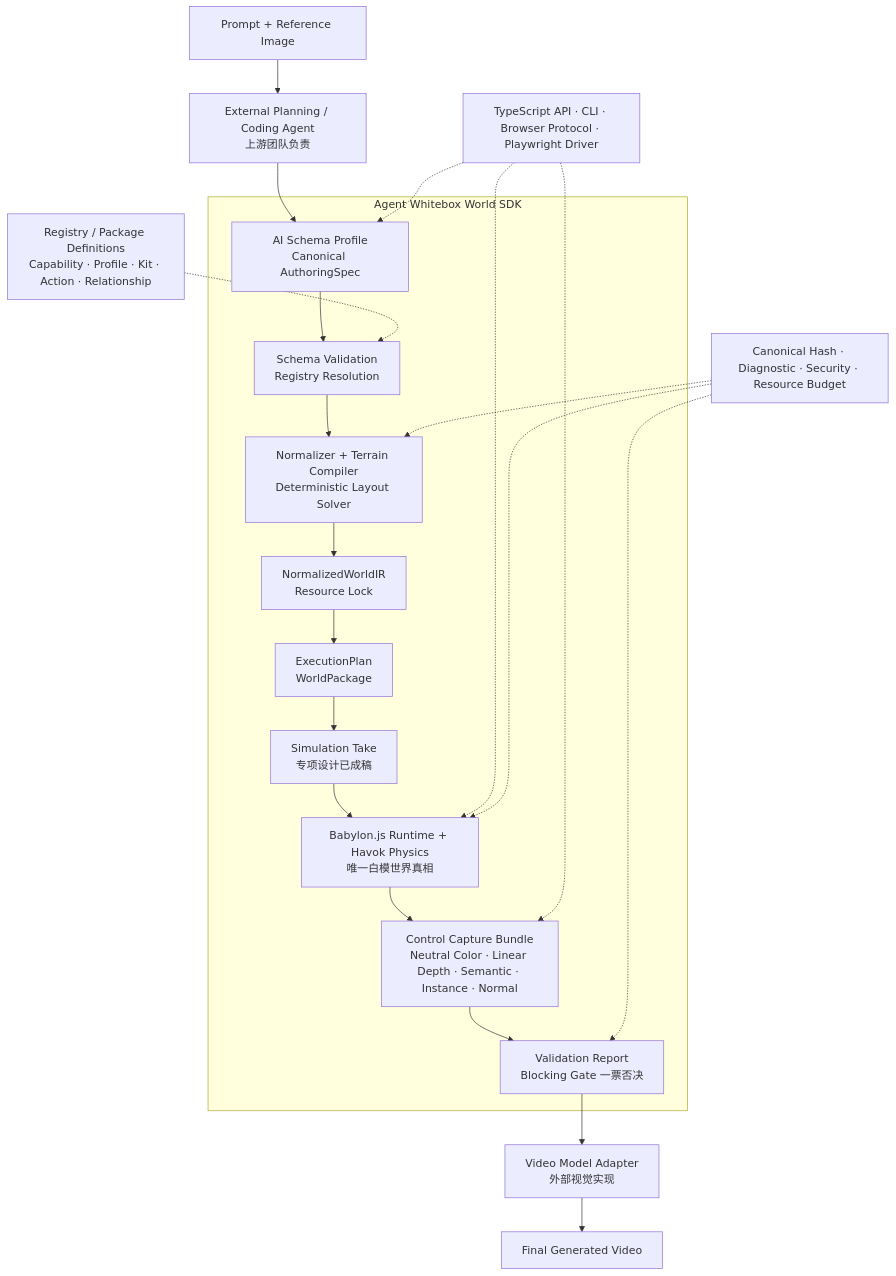
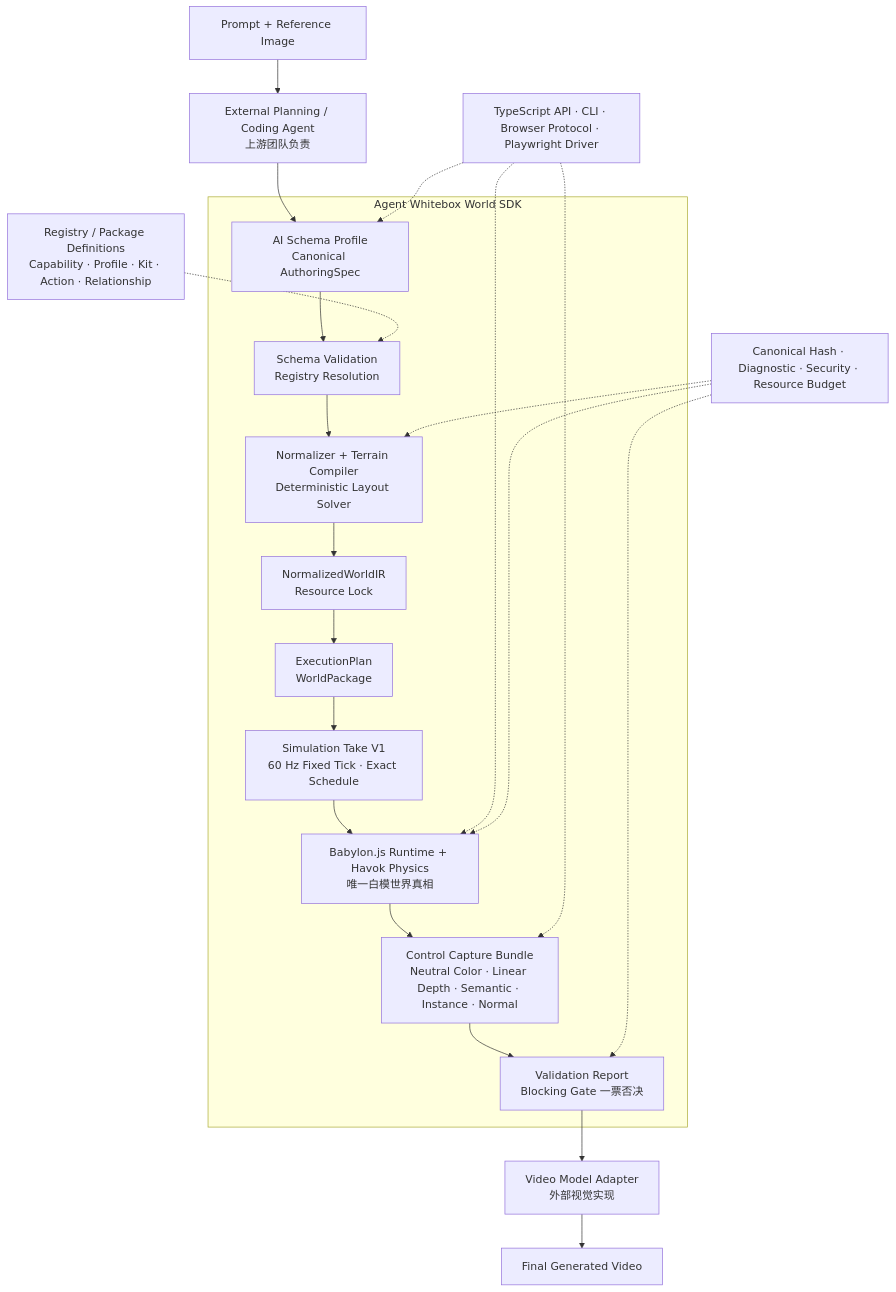
The diagram in README.md (Gjh829803/ceshi), drawn with Mermaid before and after one commit. The commit also changed other lines of this file and 8 other files, not shown here.

````diff
--- a/README.md
+++ b/README.md
@@ -27,30 +27,30 @@
 ```mermaid
 flowchart TB
     INPUT["Prompt + Reference Image"] --> AGENT["External Planning / Coding Agent<br/>上游团队负责"]
 
     subgraph SDK["Agent Whitebox World SDK"]
         AUTHOR["AI Schema Profile<br/>Canonical AuthoringSpec"]
         VALIDATE["Schema Validation<br/>Registry Resolution"]
         COMPILE["Normalizer + Terrain Compiler<br/>Deterministic Layout Solver"]
         IR["NormalizedWorldIR<br/>Resource Lock"]
         PACKAGE["ExecutionPlan<br/>WorldPackage"]
-        TAKE["Simulation Take<br/>专项设计已成稿"]
+        TAKE["Simulation Take V1<br/>60 Hz Fixed Tick · Exact Schedule"]
         RUNTIME["Babylon.js Runtime + Havok Physics<br/>唯一白模世界真相"]
         CAPTURE["Control Capture Bundle<br/>Neutral Color · Linear Depth · Semantic · Instance · Normal"]
         REPORT["Validation Report<br/>Blocking Gate 一票否决"]
 
         AUTHOR --> VALIDATE --> COMPILE --> IR --> PACKAGE --> TAKE --> RUNTIME --> CAPTURE --> REPORT
     end
 
     AGENT --> AUTHOR
 
     LEGO["Registry / Package Definitions<br/>Capability · Profile · Kit · Action · Relationship"] -.-> VALIDATE
     TOOLING["TypeScript API · CLI · Browser Protocol · Playwright Driver"] -.-> AUTHOR
     TOOLING -.-> RUNTIME
     TOOLING -.-> CAPTURE
     FOUNDATION["Canonical Hash · Diagnostic · Security · Resource Budget"] -.-> COMPILE
     FOUNDATION -.-> RUNTIME
     FOUNDATION -.-> REPORT
 
     REPORT --> ADAPTER["Video Model Adapter<br/>外部视觉实现"] --> VIDEO["Final Generated Video"]
 ```
````
